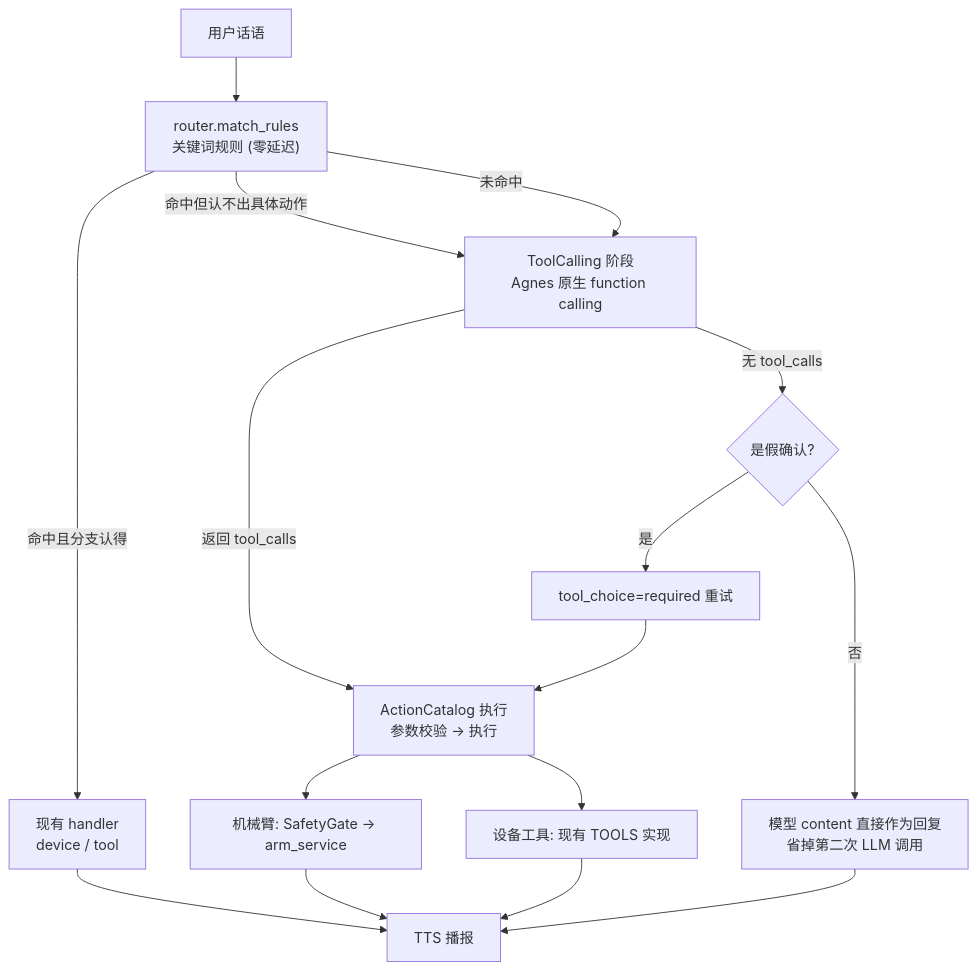
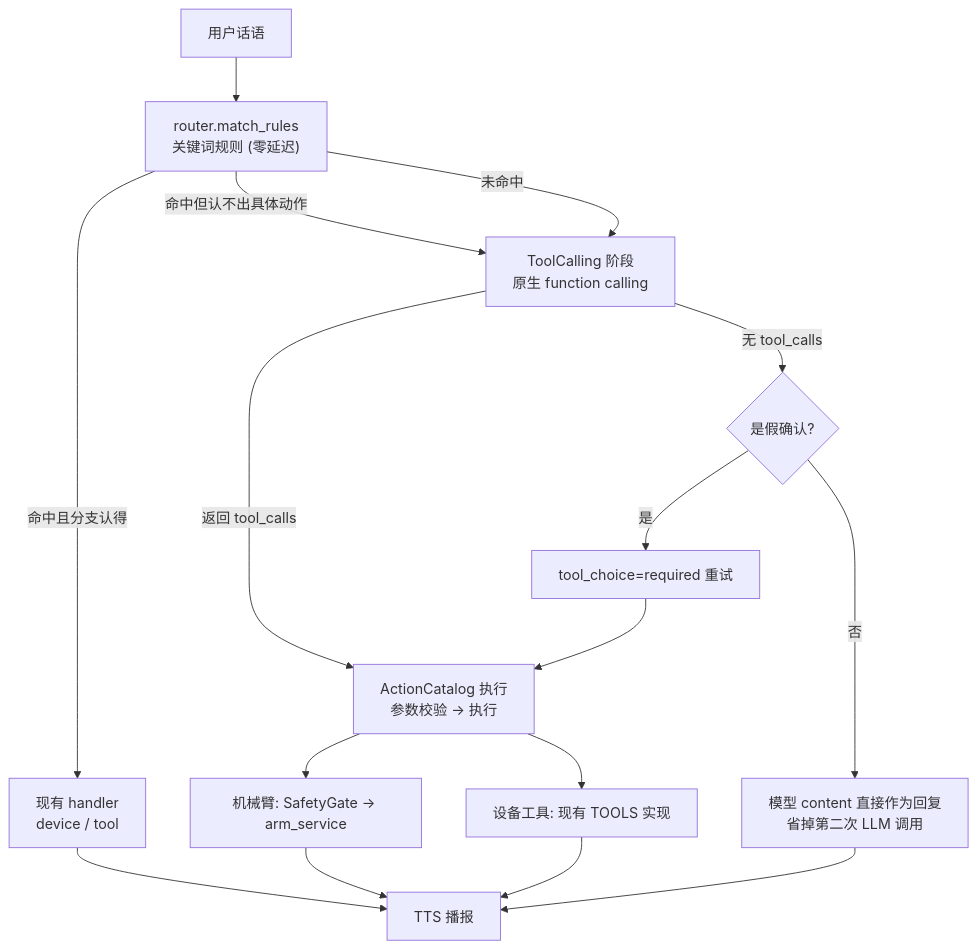
The diagram in docs/action-integration.md (whaledreamg/BotAgent), drawn with Mermaid before and after one commit. The commit also changed other lines of this file and 136 other files, not shown here.

````diff
--- a/docs/action-integration.md
+++ b/docs/action-integration.md
@@ -13,18 +17,18 @@
 ```mermaid
 flowchart TD
     userInput[用户话语] --> rules["router.match_rules<br/>关键词规则 (零延迟)"]
     rules -->|命中且分支认得| hitHandler["现有 handler<br/>device / tool"]
     rules -->|命中但认不出具体动作| toolPass
-    rules -->|未命中| toolPass["ToolCalling 阶段<br/>Agnes 原生 function calling"]
+    rules -->|未命中| toolPass["ToolCalling 阶段<br/>原生 function calling"]
     toolPass -->|返回 tool_calls| exec["ActionCatalog 执行<br/>参数校验 -> 执行"]
     toolPass -->|无 tool_calls| fakeCheck{"是假确认?"}
     fakeCheck -->|是| retry["tool_choice=required 重试"]
     retry --> exec
     fakeCheck -->|否| chatReply["模型 content 直接作为回复<br/>省掉第二次 LLM 调用"]
     exec --> armExec["机械臂: SafetyGate -> arm_service"]
     exec --> devExec["设备工具: 现有 TOOLS 实现"]
     hitHandler --> tts[TTS 播报]
     chatReply --> tts
     armExec --> tts
     devExec --> tts
 ```
````
